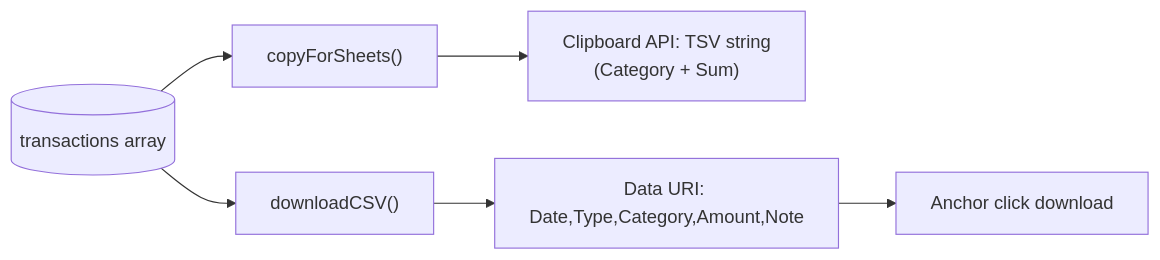
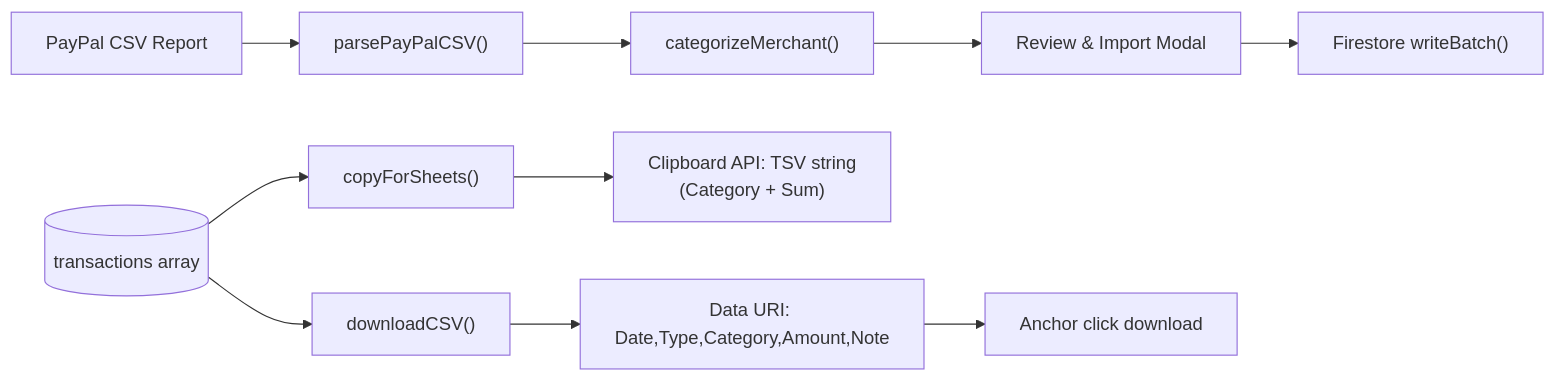
One commit to Giri-FioriDev/Budget-appliction changed the fourth of 4 diagrams in GEMINI.md. Above: the diagram before and after it, drawn with Mermaid. The commit also changed other lines of this file and 1 other file, not shown here.

Commit message:
feat: add PayPal CSV statement import and interactive review modal UI

````diff
--- a/GEMINI.md
+++ b/GEMINI.md
@@ -214,9 +214,14 @@
 ```mermaid
 flowchart LR
+    File["PayPal CSV Report"] --> Parser["parsePayPalCSV()"]
+    Parser --> Categorizer["categorizeMerchant()"]
+    Categorizer --> Modal["Review & Import Modal"]
+    Modal --> FirestoreBatch["Firestore writeBatch()"]
+    
     Transactions[(transactions array)] --> CopyFn["copyForSheets()"]
     Transactions --> CSVFn["downloadCSV()"]
     
     CopyFn --> Clip["Clipboard API: TSV string\n(Category + Sum)"]
     CSVFn --> Blob["Data URI: Date,Type,Category,Amount,Note"]
     Blob --> Download["Anchor <a> click download"]
 ```
````
